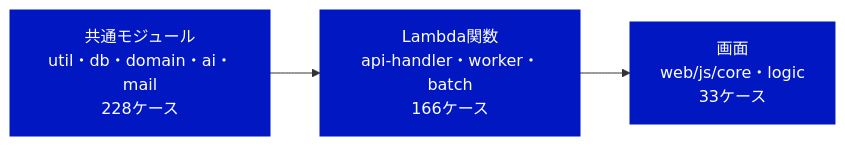
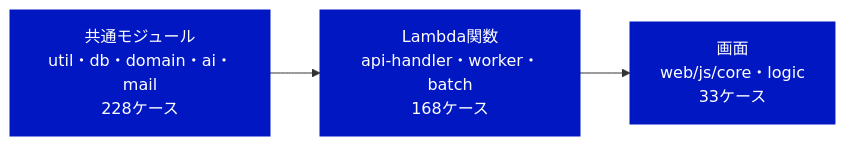
One commit to pocarialice/rpglearning changed the first of 3 diagrams in documents/モジュールテスト結果報告書_RPG学習アプリ.md. Above: the diagram before and after it, drawn with Mermaid. The commit also changed other lines of this file and 1 other file, not shown here.

````diff
--- a/documents/モジュールテスト結果報告書_RPG学習アプリ.md
+++ b/documents/モジュールテスト結果報告書_RPG学習アプリ.md
@@ -23,7 +23,7 @@
 ```mermaid
 flowchart LR
-  A["共通モジュール<br>util・db・domain・ai・mail<br>228ケース"]:::done --> B["Lambda関数<br>api-handler・worker・batch<br>166ケース"]:::done
+  A["共通モジュール<br>util・db・domain・ai・mail<br>228ケース"]:::done --> B["Lambda関数<br>api-handler・worker・batch<br>168ケース"]:::done
   B --> C["画面<br>web/js/core・logic<br>33ケース"]:::done
   classDef done fill:#0017C1,color:#fff,stroke:#0017C1
   classDef todo fill:#fff,color:#414141,stroke:#B4B4B4,stroke-dasharray:4 3
 ```
````
